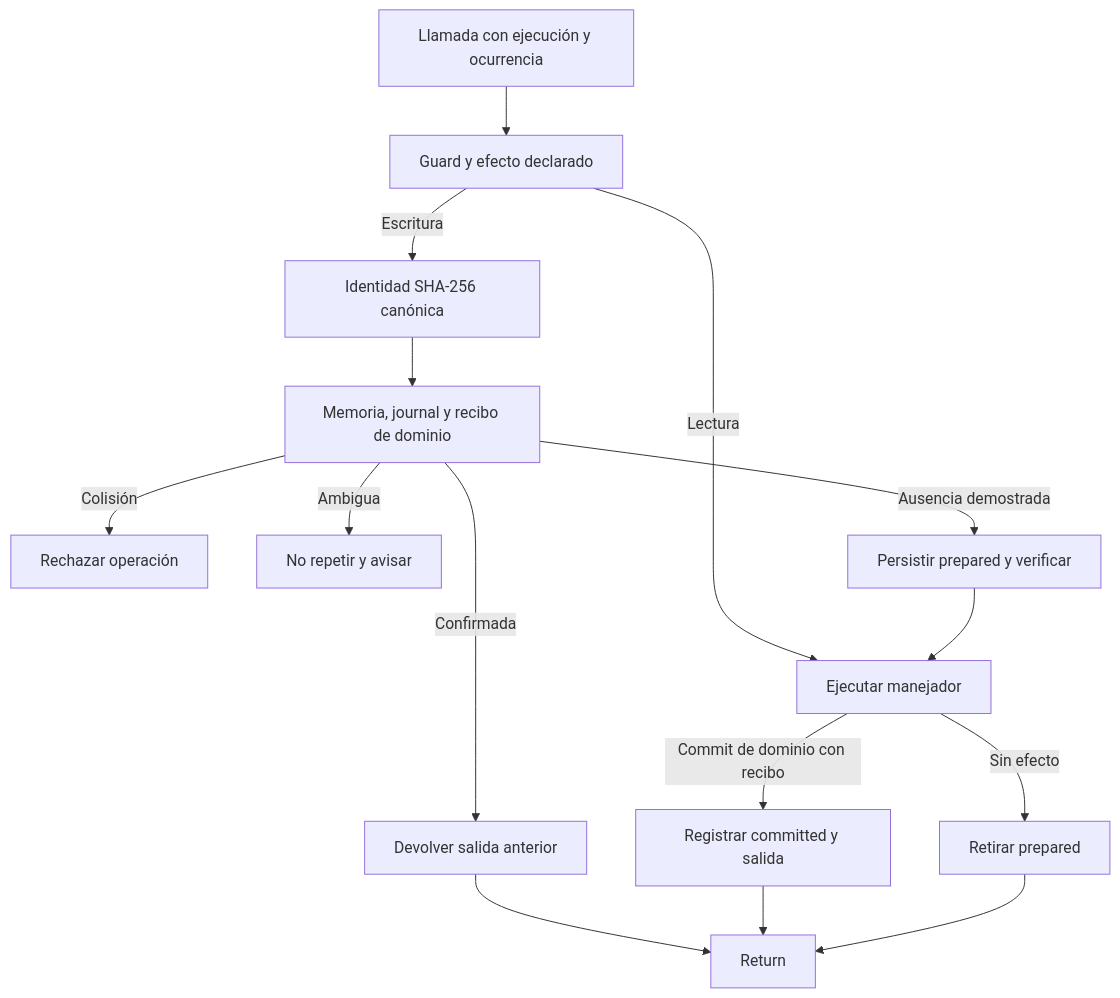
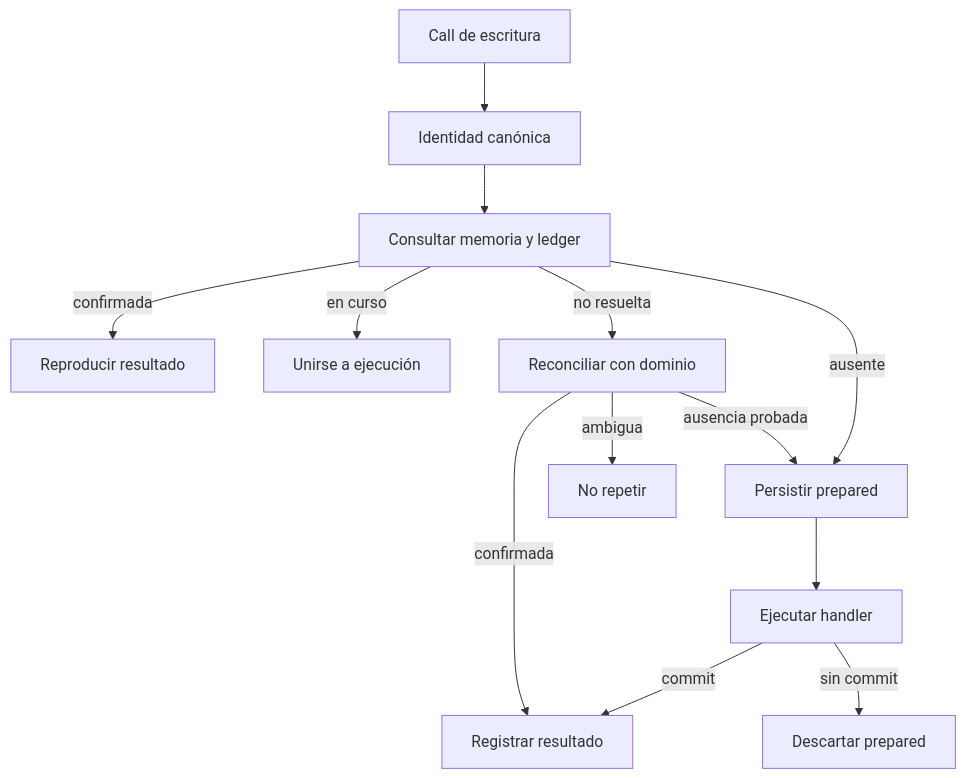
One commit to maximofn/gymnasia changed the second of 2 diagrams in openwiki/agent/runtime.md. Above: the diagram before and after it, drawn with Mermaid. The commit also changed other lines of this file and 41 other files, not shown here.

````diff
--- a/openwiki/agent/runtime.md
+++ b/openwiki/agent/runtime.md
@@ -116,17 +124,15 @@
 ```mermaid
 flowchart TD
-    Call["Llamada con ejecución y ocurrencia"] --> Guard["Guard y efecto declarado"]
-    Guard -->|Lectura| Run["Ejecutar manejador"]
-    Guard -->|Escritura| Identity["Identidad SHA-256 canónica"]
-    Identity --> Check["Memoria, journal y recibo de dominio"]
-    Check -->|Confirmada| Replay["Devolver salida anterior"]
-    Check -->|Colisión| Reject["Rechazar operación"]
-    Check -->|Ambigua| Stop["No repetir y avisar"]
-    Check -->|Ausencia demostrada| Prepare["Persistir prepared y verificar"]
-    Prepare --> Run
-    Run -->|Commit de dominio con recibo| Record["Registrar committed y salida"]
-    Run -->|Sin efecto| Discard["Retirar prepared"]
-    Replay --> Return
-    Record --> Return
-    Discard --> Return
+    Call["Call de escritura"] --> Identity["Identidad canónica"]
+    Identity --> Lookup["Consultar memoria y ledger"]
+    Lookup -->|"confirmada"| Replay["Reproducir resultado"]
+    Lookup -->|"en curso"| Join["Unirse a ejecución"]
+    Lookup -->|"no resuelta"| Reconcile["Reconciliar con dominio"]
+    Reconcile -->|"confirmada"| Record["Registrar resultado"]
+    Reconcile -->|"ausencia probada"| Prepare["Persistir prepared"]
+    Reconcile -->|"ambigua"| Stop["No repetir"]
+    Lookup -->|"ausente"| Prepare
+    Prepare --> Execute["Ejecutar handler"]
+    Execute -->|"sin commit"| Discard["Descartar prepared"]
+    Execute -->|"commit"| Record
 ```
````
